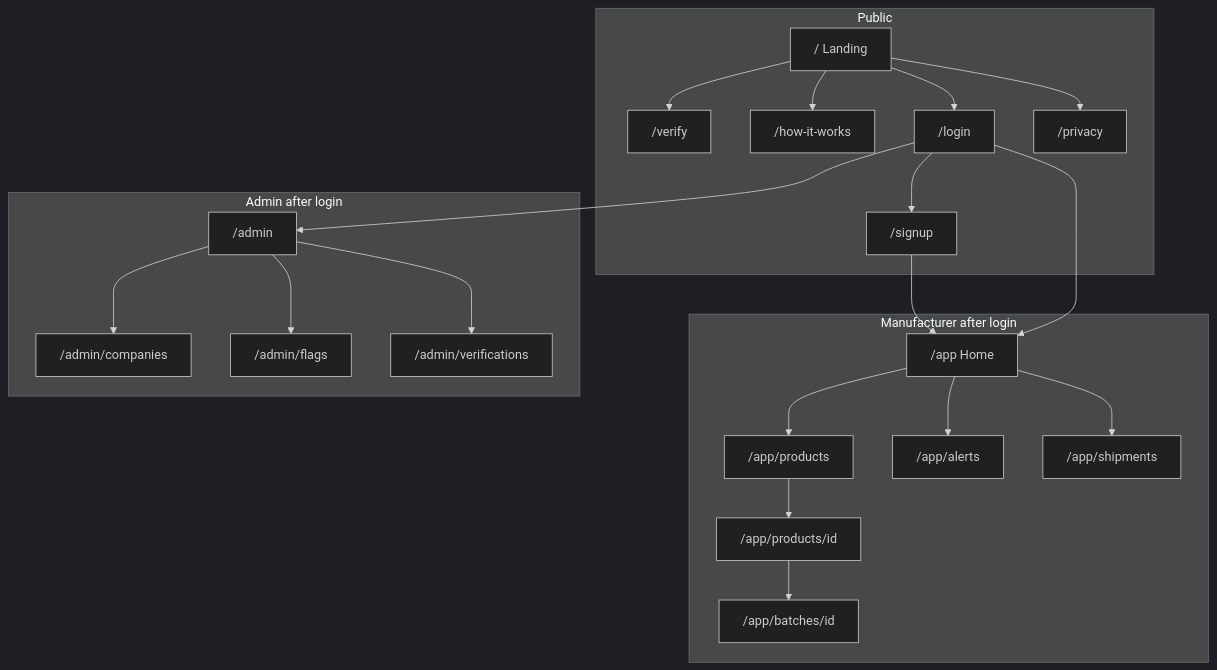
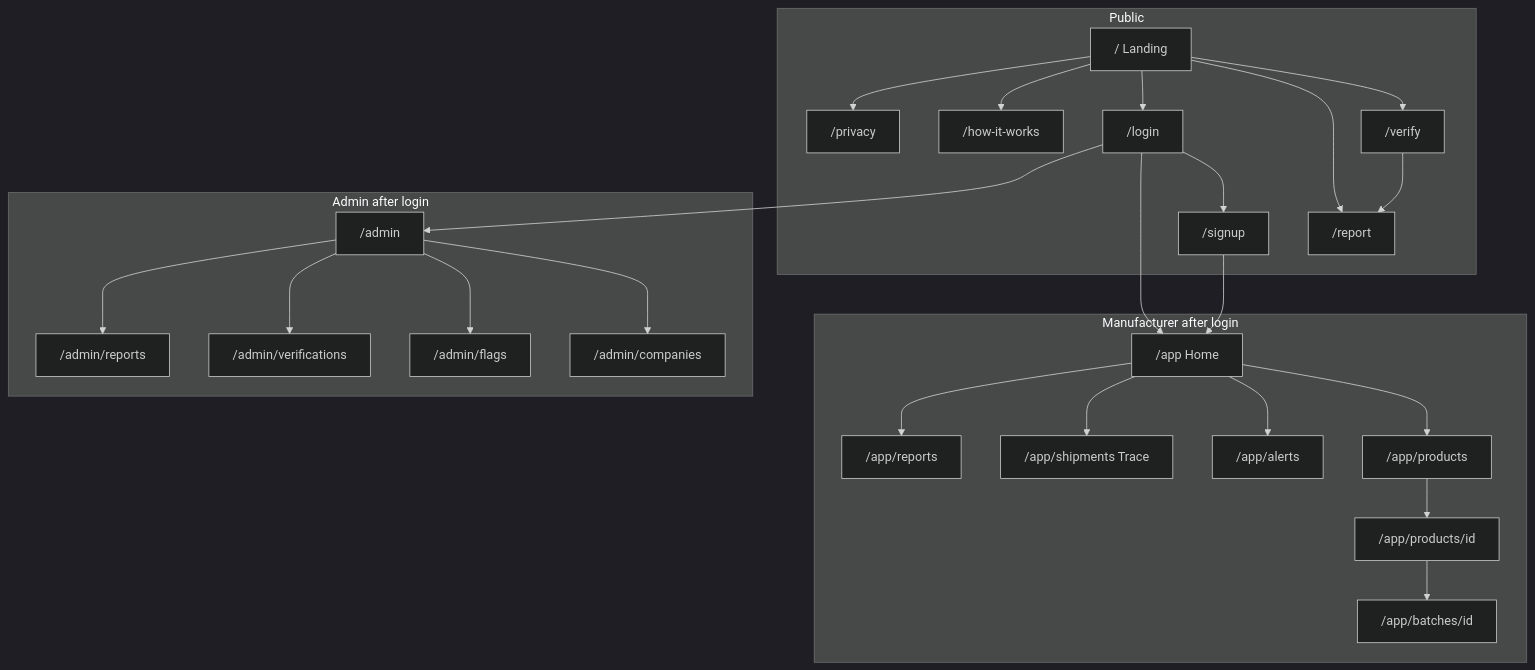
One commit to kebs123/atf changed the diagram in FRONTEND.md. Above: the diagram before and after it, drawn with Mermaid (dark theme). The commit also changed other lines of this file and 51 other files, not shown here.

````diff
--- a/FRONTEND.md
+++ b/FRONTEND.md
@@ -105,44 +101,51 @@
 ```mermaid
 flowchart TB
   subgraph public [Public]
     Home["/ Landing"]
     Verify["/verify"]
+    Report["/report"]
     How["/how-it-works"]
     Login["/login"]
     Signup["/signup"]
     Privacy["/privacy"]
   end
 
   subgraph mfr [Manufacturer after login]
     App["/app Home"]
     Products["/app/products"]
     Product["/app/products/id"]
     Batch["/app/batches/id"]
     Alerts["/app/alerts"]
-    Ship["/app/shipments"]
+    Ship["/app/shipments Trace"]
+    Reports["/app/reports"]
   end
 
   subgraph adm [Admin after login]
     AdminHome["/admin"]
     Cos["/admin/companies"]
     Flags["/admin/flags"]
     Vlog["/admin/verifications"]
+    AdmReports["/admin/reports"]
   end
 
   Home --> Verify
+  Home --> Report
+  Verify --> Report
   Home --> Login
   Home --> How
   Home --> Privacy
   Login --> Signup
   Signup --> App
   Login --> App
   Login --> AdminHome
   App --> Products
   Products --> Product
   Product --> Batch
   App --> Alerts
   App --> Ship
+  App --> Reports
   AdminHome --> Cos
   AdminHome --> Flags
   AdminHome --> Vlog
+  AdminHome --> AdmReports
 ```
````
